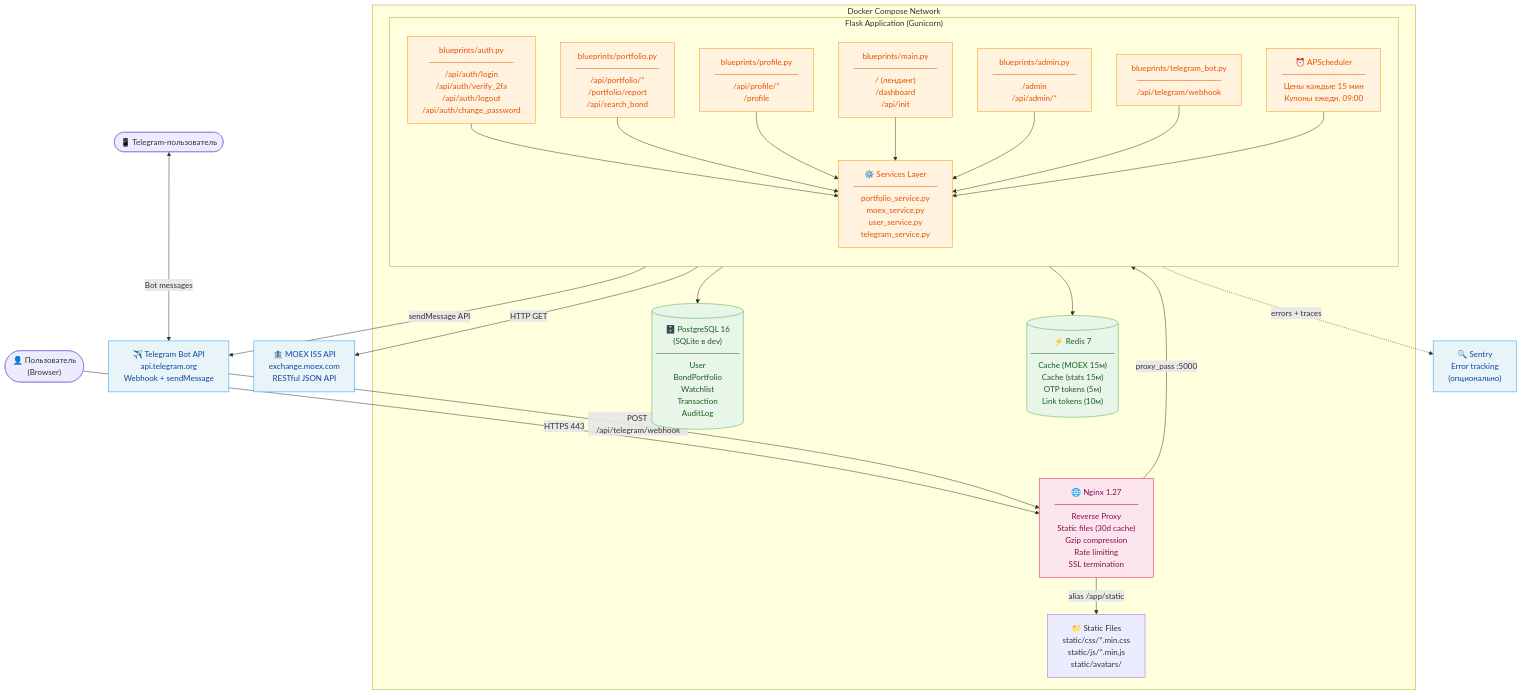
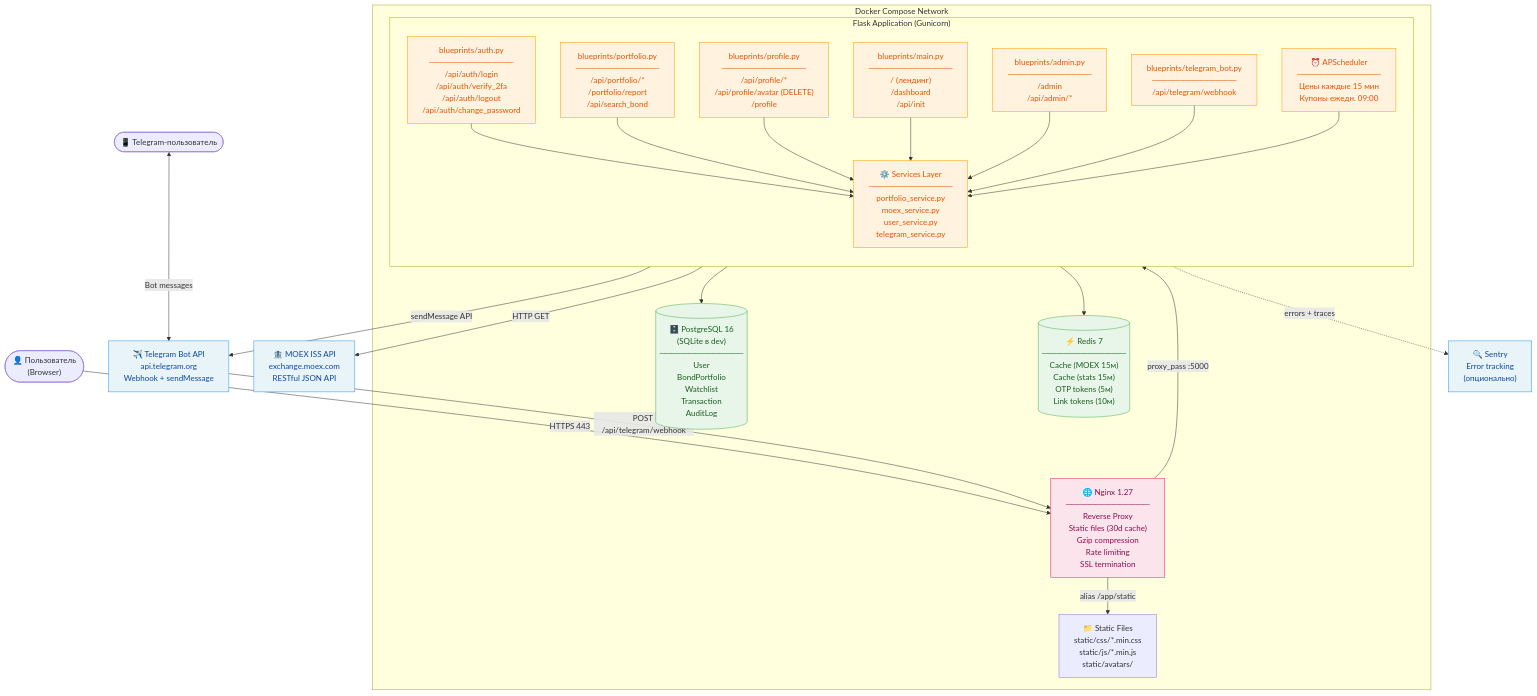
Before and after one commit to Kos5o4ka/my-fintech-app: the first of 6 diagrams in docs/architecture.md, drawn with Mermaid. The commit also changed other lines of this file and 3 other files, not shown here.

First line of the commit message:
docs: update CHANGELOG, BUGFIX_ROADMAP, README, architecture for v1.3.4

````diff
--- a/docs/architecture.md
+++ b/docs/architecture.md
@@ -9,68 +9,68 @@
 ```mermaid
 graph TB
     %% External actors
     User(["👤 Пользователь\n(Browser)"])
     TelegramUser(["📱 Telegram-пользователь"])
 
     %% External systems
     MOEX["🏦 MOEX ISS API\nexchange.moex.com\nRESTful JSON API"]
     TelegramAPI["✈️ Telegram Bot API\napi.telegram.org\nWebhook + sendMessage"]
     Sentry["🔍 Sentry\nError tracking\n(опционально)"]
 
     subgraph Docker["Docker Compose Network"]
 
         Nginx["🌐 Nginx 1.27\n──────────────\nReverse Proxy\nStatic files (30d cache)\nGzip compression\nRate limiting\nSSL termination"]
 
         subgraph App["Flask Application (Gunicorn)"]
             direction TB
             Auth["blueprints/auth.py\n──────────────\n/api/auth/login\n/api/auth/verify_2fa\n/api/auth/logout\n/api/auth/change_password"]
             Portfolio["blueprints/portfolio.py\n──────────────\n/api/portfolio/*\n/portfolio/report\n/api/search_bond"]
-            Profile["blueprints/profile.py\n──────────────\n/api/profile/*\n/profile"]
+            Profile["blueprints/profile.py\n──────────────\n/api/profile/*\n/api/profile/avatar (DELETE)\n/profile"]
             Main["blueprints/main.py\n──────────────\n/ (лендинг)\n/dashboard\n/api/init"]
             Admin["blueprints/admin.py\n──────────────\n/admin\n/api/admin/*"]
             TGBot["blueprints/telegram_bot.py\n──────────────\n/api/telegram/webhook"]
 
             Services["⚙️ Services Layer\n──────────────\nportfolio_service.py\nmoex_service.py\nuser_service.py\ntelegram_service.py"]
 
             Scheduler["⏰ APScheduler\n──────────────\nЦены каждые 15 мин\nКупоны ежедн. 09:00"]
         end
 
         DB[("🗄️ PostgreSQL 16\n(SQLite в dev)\n──────────────\nUser\nBondPortfolio\nWatchlist\nTransaction\nAuditLog")]
 
         Redis[("⚡ Redis 7\n──────────────\nCache (MOEX 15м)\nCache (stats 15м)\nOTP tokens (5м)\nLink tokens (10м)")]
 
         Static["📁 Static Files\nstatic/css/*.min.css\nstatic/js/*.min.js\nstatic/avatars/"]
     end
 
     %% User flows
     User -->|"HTTPS 443"| Nginx
     Nginx -->|"proxy_pass :5000"| App
     Nginx -->|"alias /app/static"| Static
 
     %% Telegram
     TelegramAPI -->|"POST /api/telegram/webhook"| Nginx
     TGBot -->|"sendMessage API"| TelegramAPI
     TelegramUser <-->|"Bot messages"| TelegramAPI
 
     %% Internal
     Auth & Portfolio & Profile & Main & Admin & TGBot --> Services
     Services --> DB
     Services --> Redis
     Scheduler --> Services
 
     %% External APIs
     Services -->|"HTTP GET"| MOEX
     App -.->|"errors + traces"| Sentry
 
     %% Styling
     classDef external fill:#e8f4f8,stroke:#2196F3,color:#0d47a1
     classDef container fill:#fff3e0,stroke:#FF9800,color:#e65100
     classDef db fill:#e8f5e9,stroke:#4CAF50,color:#1b5e20
     classDef service fill:#f3e5f5,stroke:#9C27B0,color:#4a148c
     classDef proxy fill:#fce4ec,stroke:#E91E63,color:#880e4f
 
     class MOEX,TelegramAPI,Sentry external
     class Auth,Portfolio,Profile,Main,Admin,TGBot,Services,Scheduler container
     class DB,Redis db
     class Nginx proxy
 ```
````
